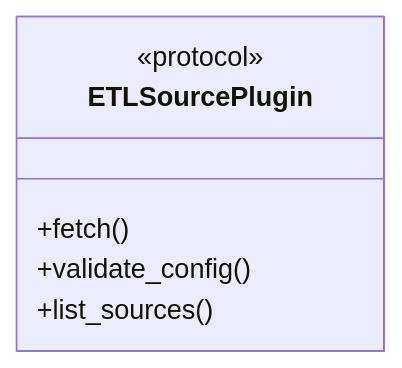
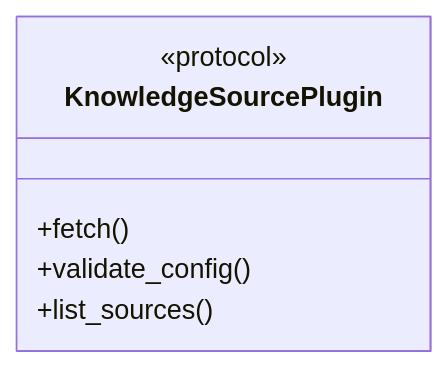
Before and after one commit to Stihotvor/law_by_ai: the fourth of 11 diagrams in docs/architecture.md, drawn with Mermaid. The commit also changed other lines of this file and 18 other files, not shown here.

````diff
--- a/docs/architecture.md
+++ b/docs/architecture.md
@@ -109,9 +109,9 @@
 ```mermaid
 classDiagram
-    class ETLSourcePlugin {
+    class KnowledgeSourcePlugin {
         <<protocol>>
         +fetch()
         +validate_config()
         +list_sources()
     }
 ```
````
